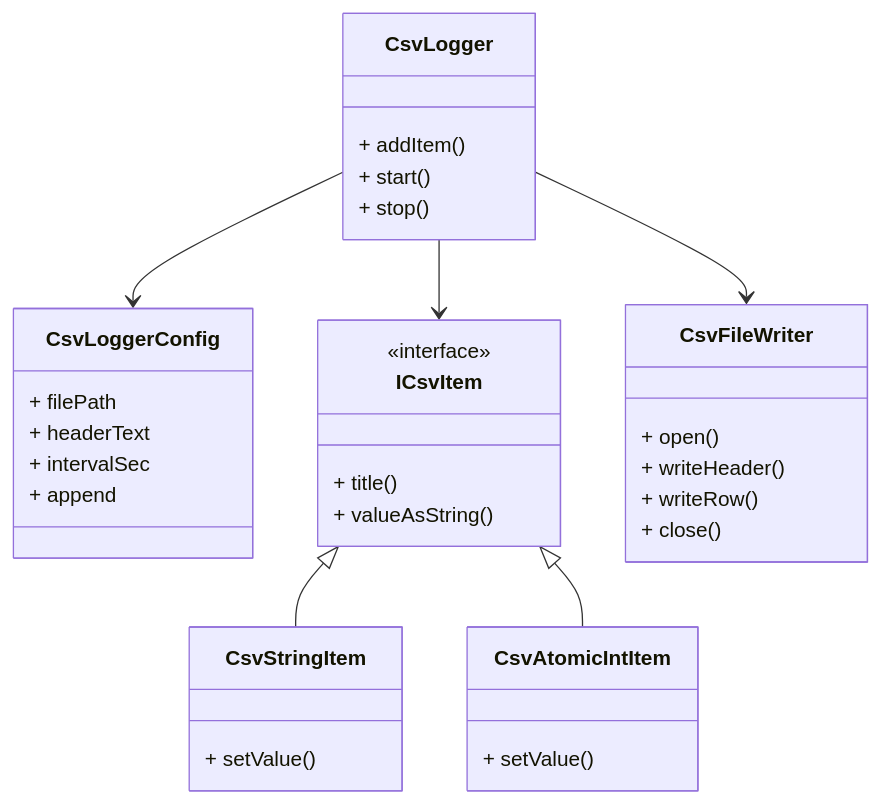
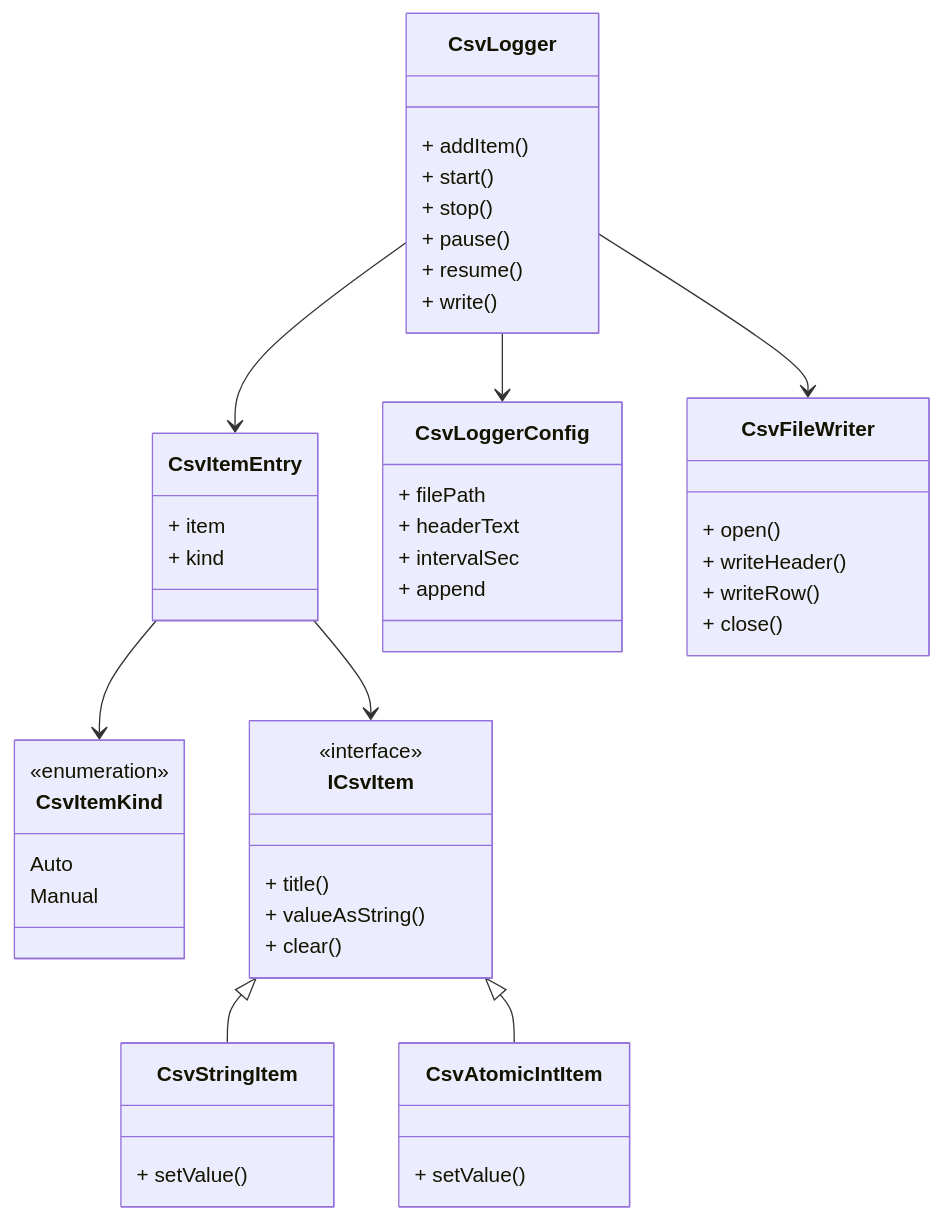
One commit to systeam00001/CsvLogger changed the diagram in README.md. Above: the diagram before and after it, drawn with Mermaid. The commit also changed other lines of this file, not shown here.

````diff
--- a/README.md
+++ b/README.md
@@ -280,43 +98,62 @@
-```mermaid
+``` mermaid
 classDiagram
+
     class CsvLogger {
         + addItem()
         + start()
         + stop()
+        + pause()
+        + resume()
+        + write()
+    }
+
+    class CsvItemKind {
+        <<enumeration>>
+        Auto
+        Manual
+    }
+
+    class CsvItemEntry {
+        + item
+        + kind
     }
 
     class CsvLoggerConfig {
         + filePath
         + headerText
         + intervalSec
         + append
     }
 
     class ICsvItem {
         <<interface>>
         + title()
         + valueAsString()
+        + clear()
     }
 
     class CsvStringItem {
         + setValue()
     }
 
     class CsvAtomicIntItem {
         + setValue()
     }
 
     class CsvFileWriter {
         + open()
         + writeHeader()
         + writeRow()
         + close()
     }
 
     ICsvItem <|-- CsvStringItem
     ICsvItem <|-- CsvAtomicIntItem
 
-    CsvLogger --> ICsvItem
+    CsvLogger --> CsvItemEntry
+    CsvItemEntry --> ICsvItem
+    CsvItemEntry --> CsvItemKind
+
     CsvLogger --> CsvFileWriter
     CsvLogger --> CsvLoggerConfig
 ```
````
